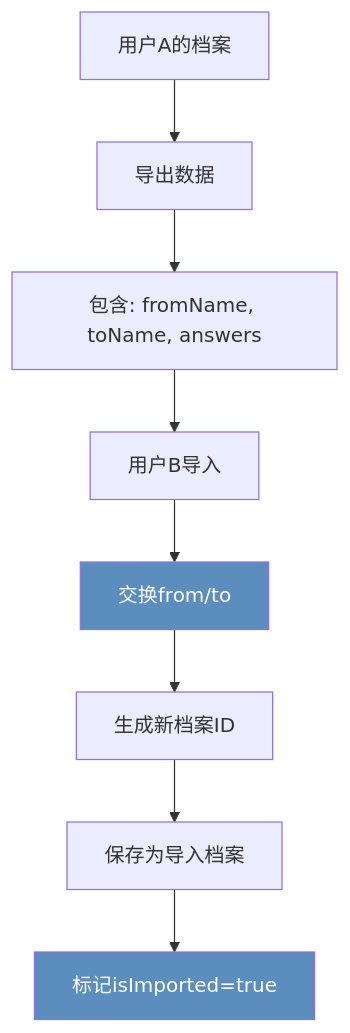
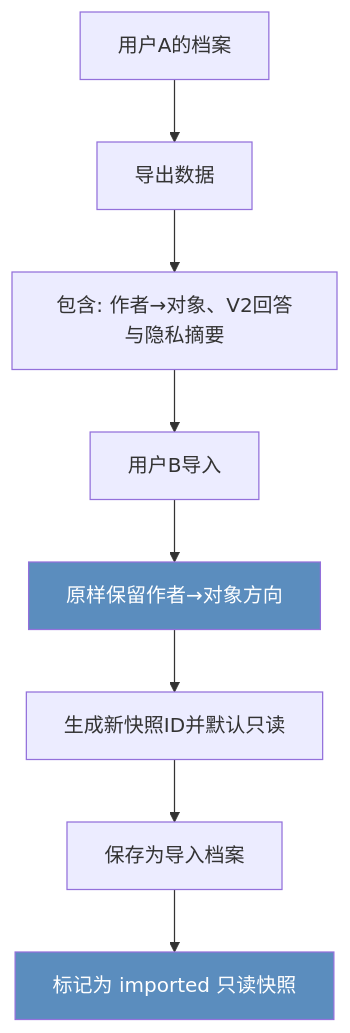
The ninth of 13 diagrams in docs/USER-FLOW.md (Tenlossiby/relationship-anarchy-smorgasbord-cn), drawn with Mermaid before and after one commit. The commit also changed other lines of this file and 29 other files, not shown here.

````diff
--- a/docs/USER-FLOW.md
+++ b/docs/USER-FLOW.md
@@ -523,13 +525,13 @@
 ```mermaid
 flowchart TD
     A[用户A的档案] --> B[导出数据]
-    B --> C[包含: fromName, toName, answers]
+    B --> C[包含: 作者→对象、V2回答与隐私摘要]
     C --> D[用户B导入]
-    D --> E[交换from/to]
-    E --> F[生成新档案ID]
+    D --> E[原样保留作者→对象方向]
+    E --> F[生成新快照ID并默认只读]
     F --> G[保存为导入档案]
-    G --> H[标记isImported=true]
+    G --> H[标记为 imported 只读快照]
 
     style E fill:#5B8DBE,color:#fff
     style H fill:#5B8DBE,color:#fff
 ```
````
